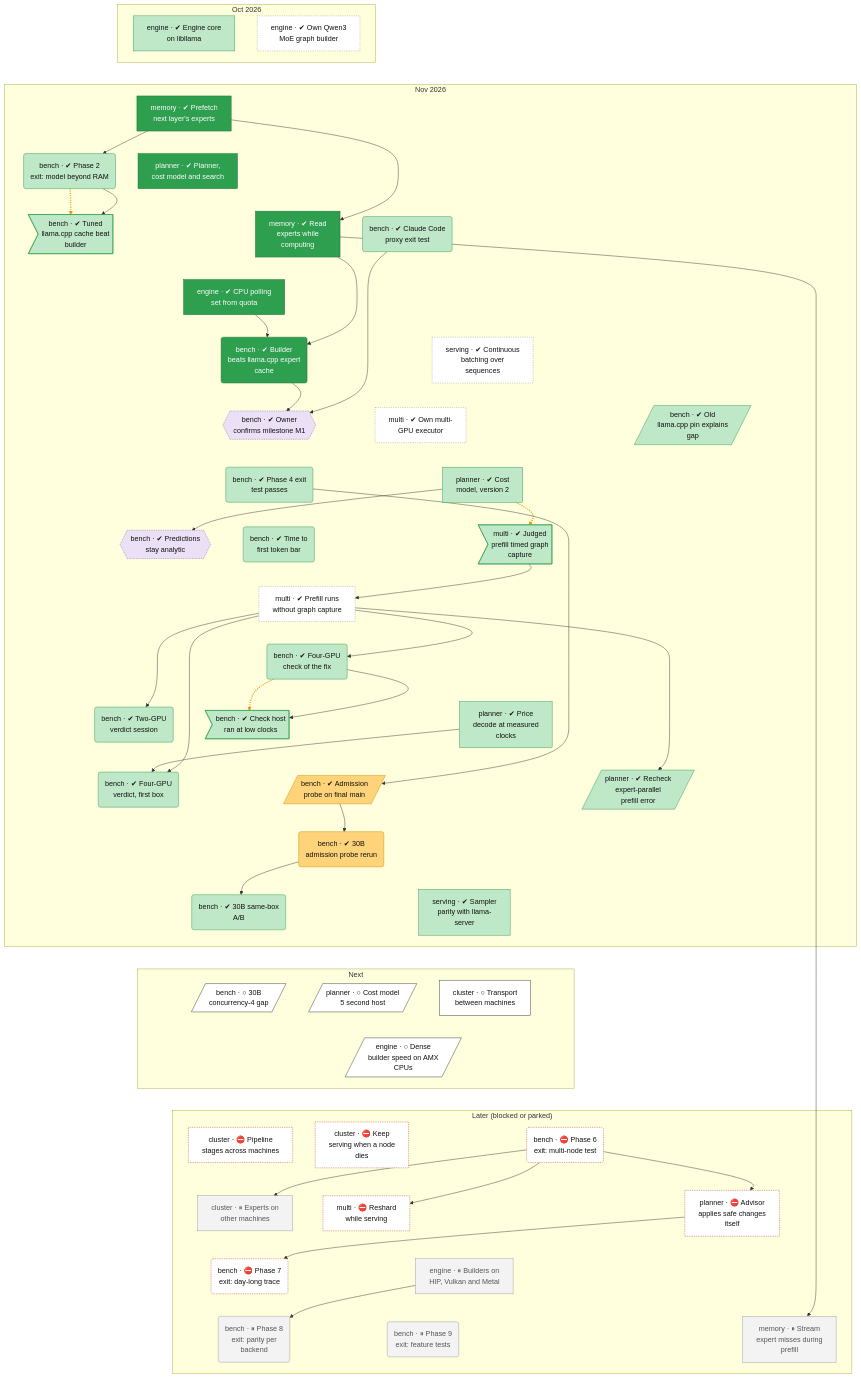
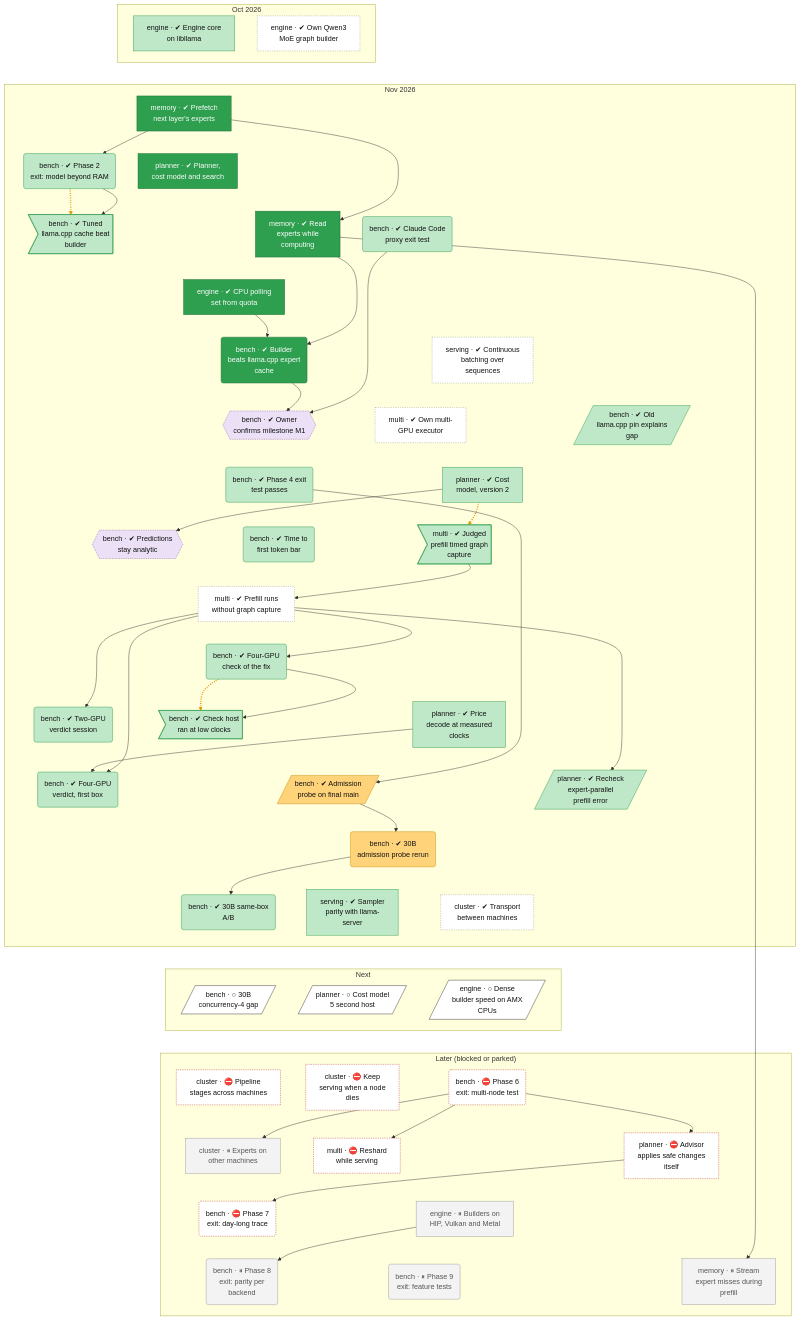
One commit to lhns/tetraeder changed the second of 2 diagrams in docs/roadmap.md. Above: the diagram before and after it, drawn with Mermaid. The commit also changed other lines of this file and 3 other files, not shown here.

````diff
--- a/docs/roadmap.md
+++ b/docs/roadmap.md
@@ -134,11 +134,11 @@
         bench_d2a_30b("bench · ✔ 30B<br/>admission probe rerun")
         bench_ab30b("bench · ✔ 30B same-box<br/>A/B")
         serving_parity_sampling["serving · ✔ Sampler<br/>parity with llama-<br/>server"]
+        cluster_transport["cluster · ✔ Transport<br/>between machines"]
     end
     subgraph bd_2["Next"]
         bench_30b_c4_gap[/"bench · ○ 30B<br/>concurrency-4 gap"/]
         planner_cost_model_v5_host2[/"planner · ○ Cost model<br/>5 second host"/]
-        cluster_transport["cluster · ○ Transport<br/>between machines"]
         engine_dense_amx[/"engine · ○ Dense<br/>builder speed on AMX<br/>CPUs"/]
     end
     subgraph bd_3["Later (blocked or parked)"]
@@ -190,14 +190,12 @@
     planner_ep_prefill_recheck ~~~ bench_d2a_30b
     bench_d2a_30b ~~~ bench_ab30b
     bench_d2a_30b ~~~ serving_parity_sampling
+    bench_d2a_30b ~~~ cluster_transport
     bench_ab30b ~~~ bench_30b_c4_gap
     serving_parity_sampling ~~~ planner_cost_model_v5_host2
-    serving_parity_sampling ~~~ cluster_transport
-    bench_30b_c4_gap ~~~ engine_dense_amx
-    planner_cost_model_v5_host2 ~~~ engine_dense_amx
     cluster_transport ~~~ engine_dense_amx
-    engine_dense_amx ~~~ cluster_pipeline_nodes
-    engine_dense_amx ~~~ cluster_failover
+    bench_30b_c4_gap ~~~ cluster_pipeline_nodes
+    planner_cost_model_v5_host2 ~~~ cluster_failover
     engine_dense_amx ~~~ bench_phase6_exit
     cluster_pipeline_nodes ~~~ cluster_experts_nodes
     cluster_failover ~~~ multi_live_reshard
@@ -235,7 +233,7 @@
     planner_advisor_auto --> bench_phase7_exit
     engine_backend_parity --> bench_phase8_exit
     memory_io_service --> memory_prefill_misses
-    linkStyle 55,62,66 stroke:#e69500,stroke-width:3px,stroke-dasharray:2 3
+    linkStyle 53,60,64 stroke:#e69500,stroke-width:3px,stroke-dasharray:2 3
     classDef vsucc fill:#2e9e4f,stroke:#1b6b34,color:#fff
     classDef succ fill:#bfe8c8,stroke:#2e9e4f,color:#111
     classDef mixed fill:#ffd37a,stroke:#c98a00,color:#111
@@ -250,12 +248,12 @@
     classDef decided fill:#ece0f7,stroke:#7b3fb5,stroke-dasharray:2 2,color:#111
     classDef finding fill:#ffe0b2,stroke:#d84315,stroke-width:2px,color:#111
     classDef waiting fill:#e3f2fd,stroke:#1f6fc5,stroke-dasharray:5 5,color:#111
-    class multi_prefill_no_capture,engine_moe_builder,multi_executor,serving_batching unrated
+    class multi_prefill_no_capture,engine_moe_builder,multi_executor,serving_batching,cluster_transport unrated
     class engine_libllama,planner_cost_v2,multi_defect_capture,bench_phase2_exit,bench_defect_tuned_cache,bench_phase3b_proxy,bench_pin_ab,bench_phase4_exit,bench_ttft,bench_s3f2,bench_defect_s3f2_clock,bench_v2_verdict,planner_cost_model_v5,bench_v4a_verdict,bench_ab30b,serving_parity_sampling,planner_ep_prefill_recheck succ
     class engine_cpu_poll,memory_prefetch,memory_io_service,planner_core,bench_m1_point1 vsucc
     class bench_owner_m1,bench_owner_analytic decided
     class bench_d2a_probe,bench_d2a_30b mixed
-    class bench_30b_c4_gap,planner_cost_model_v5_host2,cluster_transport,engine_dense_amx next
+    class bench_30b_c4_gap,planner_cost_model_v5_host2,engine_dense_amx next
     class cluster_pipeline_nodes,cluster_failover,bench_phase6_exit,multi_live_reshard,planner_advisor_auto,bench_phase7_exit blocked
     class cluster_experts_nodes,engine_backend_parity,bench_phase8_exit,bench_phase9_exit,memory_prefill_misses parked
 ```
````
